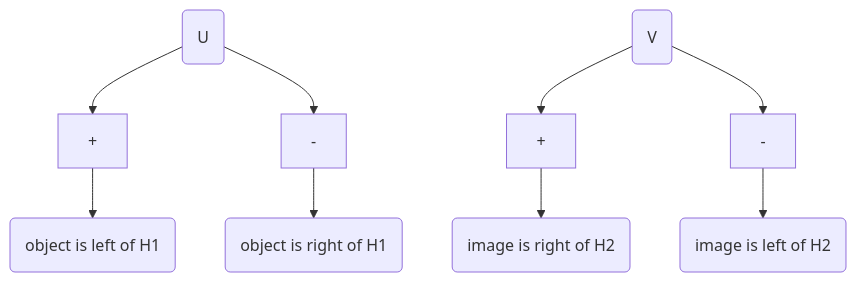
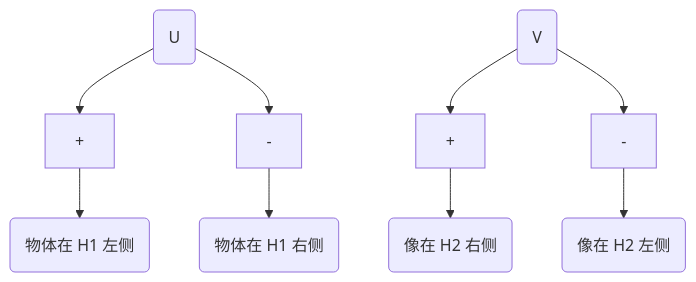
The sixth of 8 diagrams in _posts/2022-04-04-electron-optics.md (zququ/zququ.github.io), drawn with Mermaid before and after one commit. The commit also changed other lines of this file, not shown here.

````diff
--- a/_posts/2022-04-04-electron-optics.md
+++ b/_posts/2022-04-04-electron-optics.md
@@ -258,7 +248,7 @@
 ```mermaid!
 graph TD
-A(U) --> M[+] --> B(object is left of H1)
-A --> N[-] --> D(object is right of H1)
-E(V) --> Q[+] --> F(image is right of H2)
-E --> T[-] --> G(image is left of H2)
+A(U) --> M[+] --> B(物体在 H1 左侧)
+A --> N[-] --> D(物体在 H1 右侧)
+E(V) --> Q[+] --> F(像在 H2 右侧)
+E --> T[-] --> G(像在 H2 左侧)
 ```
````
